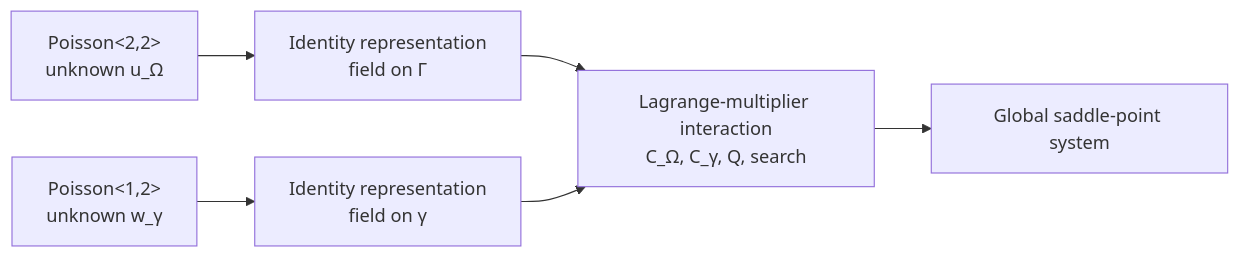
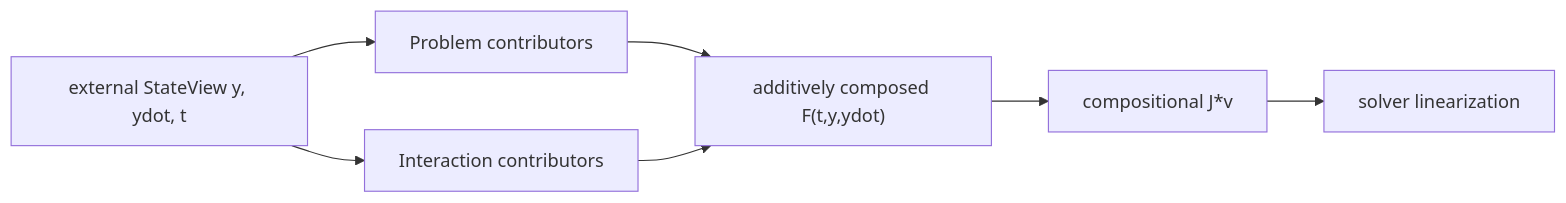
The third of 7 diagrams in doc/core-architecture.md (luca-heltai/immersx), drawn with Mermaid before and after one commit. The commit also changed other lines of this file and 9 other files, not shown here.

Commit message:
Revise core architecture documentation

````diff
--- a/doc/core-architecture.md
+++ b/doc/core-architecture.md
@@ -420,8 +506,9 @@
 ```{mermaid}
 flowchart LR
-  A["Poisson<2,2>\nunknown u_Ω"] --> RA["Identity representation\nfield on Γ"]
-  B["Poisson<1,2>\nunknown w_γ"] --> RB["Identity representation\nfield on γ"]
-  RA --> X["Lagrange-multiplier interaction\nC_Ω, C_γ, Q, search"]
-  RB --> X
-  X --> K["Global saddle-point system"]
+  SV["external StateView y, ydot, t"] --> PC["Problem contributors"]
+  SV --> IC["Interaction contributors"]
+  PC --> F["additively composed F(t,y,ydot)"]
+  IC --> F
+  F --> J["compositional J*v"]
+  J --> LS["solver linearization"]
 ```
````
